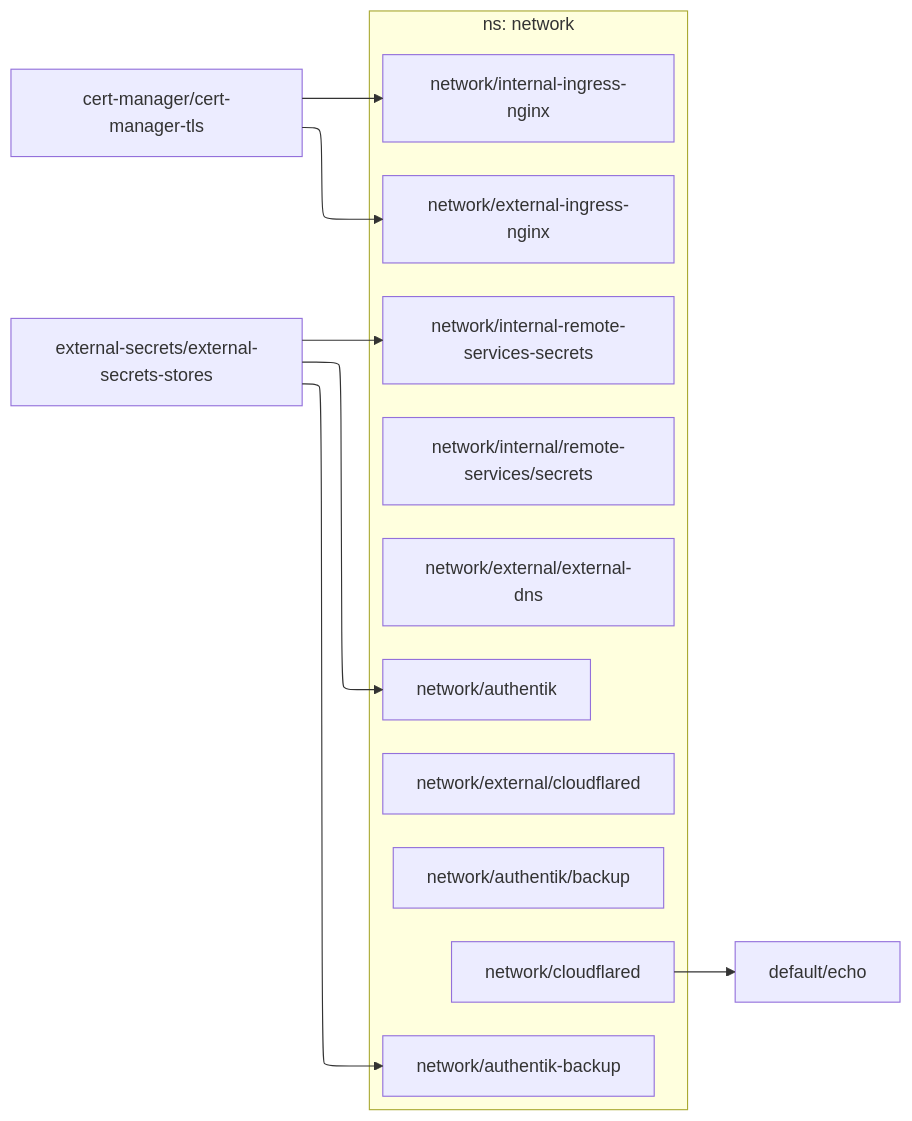
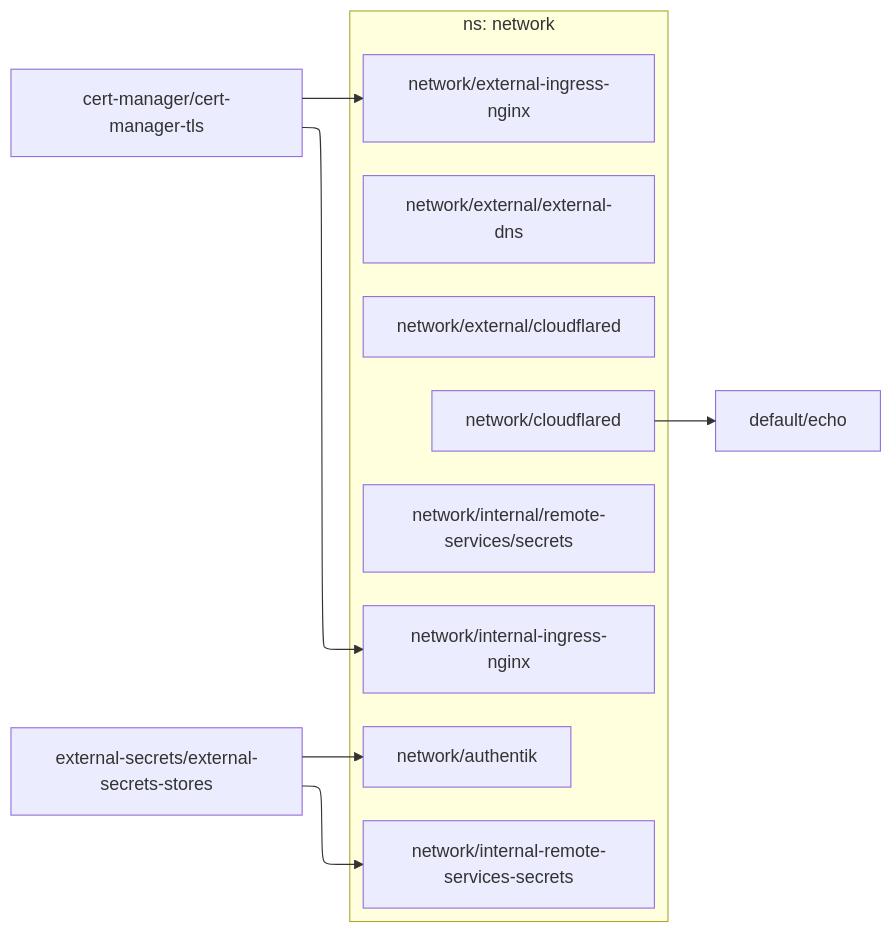
One commit to roblandry/home-ops changed the diagram in dependencies/DEPENDENCIES-network.md. Above: the diagram before and after it, drawn with Mermaid. The commit also changed 13 other files, not shown here.

````diff
--- a/dependencies/DEPENDENCIES-network.md
+++ b/dependencies/DEPENDENCIES-network.md
@@ -1,26 +1,23 @@
 ```mermaid
 ---
 config:
   layout: elk
 ---
 flowchart LR
 
   subgraph "ns: network"
     network/authentik
-    network/authentik-backup
-    network/authentik/backup
     network/cloudflared
     network/external-ingress-nginx
     network/external/cloudflared
     network/external/external-dns
     network/internal-ingress-nginx
     network/internal-remote-services-secrets
     network/internal/remote-services/secrets
   end
   cert-manager/cert-manager-tls --> network/external-ingress-nginx
   cert-manager/cert-manager-tls --> network/internal-ingress-nginx
   external-secrets/external-secrets-stores --> network/authentik
-  external-secrets/external-secrets-stores --> network/authentik-backup
   external-secrets/external-secrets-stores --> network/internal-remote-services-secrets
   network/cloudflared --> default/echo
 ```
````
